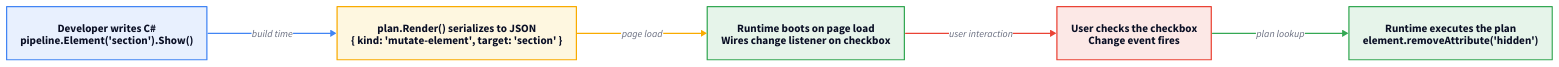
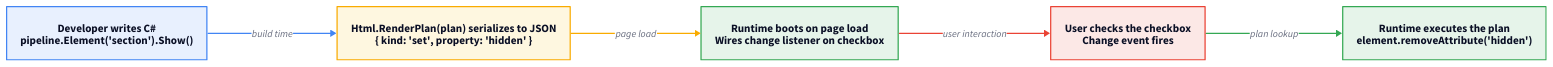
One commit to marafiq/alis-reactive changed the second of 3 diagrams in docs-site/src/content/docs/architecture/three-layers.mdx. Above: the diagram before and after it, drawn with D2. The commit also changed other lines of this file and 3 other files, not shown here.

Commit message:
docs: align builder architecture vocabulary

````diff
--- a/docs-site/src/content/docs/architecture/three-layers.mdx
+++ b/docs-site/src/content/docs/architecture/three-layers.mdx
@@ -64,47 +64,47 @@
 ```d2
 direction: right
 
 write: "Developer writes C#\npipeline.Element('section').Show()" {
   shape: rectangle
   style.fill: "#e8f0fe"
   style.stroke: "#4285f4"
   style.font-size: 18
 }
-serialize: "plan.Render() serializes to JSON\n{ kind: 'mutate-element', target: 'section' }" {
+serialize: "Html.RenderPlan(plan) serializes to JSON\n{ kind: 'set', property: 'hidden' }" {
   shape: rectangle
   style.fill: "#fef7e0"
   style.stroke: "#f9ab00"
   style.font-size: 18
 }
 boot: "Runtime boots on page load\nWires change listener on checkbox" {
   shape: rectangle
   style.fill: "#e6f4ea"
   style.stroke: "#34a853"
   style.font-size: 18
 }
 fire: "User checks the checkbox\nChange event fires" {
   shape: rectangle
   style.fill: "#fce8e6"
   style.stroke: "#ea4335"
   style.font-size: 18
 }
 execute: "Runtime executes the plan\nelement.removeAttribute('hidden')" {
   shape: rectangle
   style.fill: "#e6f4ea"
   style.stroke: "#34a853"
   style.font-size: 18
 }
 
 write -> serialize: build time {
   style.stroke: "#4285f4"
 }
 serialize -> boot: page load {
   style.stroke: "#f9ab00"
 }
 boot -> fire: user interaction {
   style.stroke: "#ea4335"
 }
 fire -> execute: plan lookup {
   style.stroke: "#34a853"
 }
 ```
````
